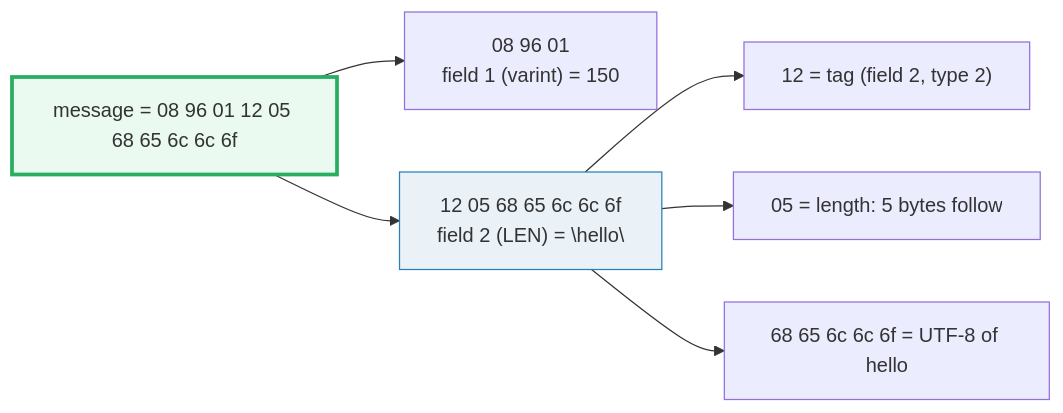
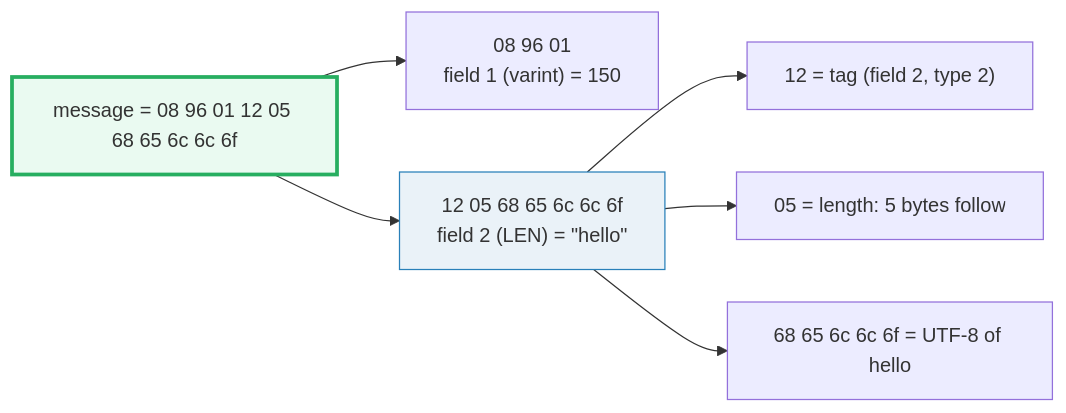
One commit to quanhua92/tutorials changed the third of 5 diagrams in go/GRPC_PROTOBUF.md. Above: the diagram before and after it, drawn with Mermaid. The commit also changed other lines of this file and 102 other files, not shown here.

First line of the commit message:
fix: repair 117 unrenderable mermaid diagrams across all sections

````diff
--- a/go/GRPC_PROTOBUF.md
+++ b/go/GRPC_PROTOBUF.md
@@ -232,10 +232,10 @@
 ```mermaid
 graph LR
     M["message = 08 96 01 12 05 68 65 6c 6c 6f"] --> R1["08 96 01<br/>field 1 (varint) = 150"]
-    M --> R2["12 05 68 65 6c 6c 6f<br/>field 2 (LEN) = \"hello\""]
+    M --> R2["12 05 68 65 6c 6c 6f<br/>field 2 (LEN) = &quot;hello&quot;"]
     R2 --> L["12 = tag (field 2, type 2)"]
     R2 --> LEN["05 = length: 5 bytes follow"]
     R2 --> PAY["68 65 6c 6c 6f = UTF-8 of hello"]
     style M fill:#eafaf1,stroke:#27ae60,stroke-width:3px
     style R2 fill:#eaf2f8,stroke:#2980b9
 ```
````
